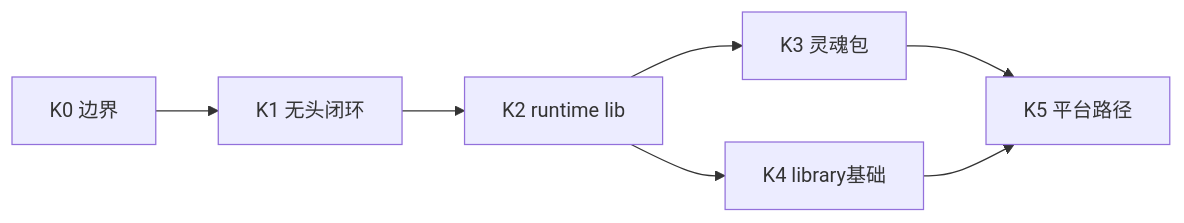
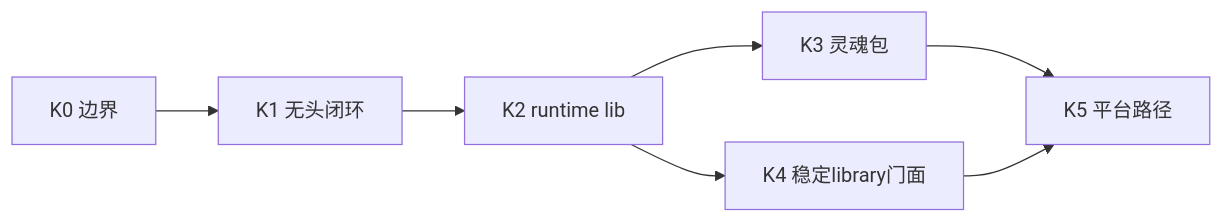
One commit to linkaiheng2233-cyber/oclivenewnew changed the diagram in creator-docs/getting-started/KERNEL_IMPLEMENTATION_PLAN.md. Above: the diagram before and after it, drawn with Mermaid. The commit also changed other lines of this file and 24 other files, not shown here.

````diff
--- a/creator-docs/getting-started/KERNEL_IMPLEMENTATION_PLAN.md
+++ b/creator-docs/getting-started/KERNEL_IMPLEMENTATION_PLAN.md
@@ -24,9 +24,9 @@
 ```mermaid
 flowchart LR
   K0[K0 边界] --> K1[K1 无头闭环]
   K1 --> K2[K2 runtime lib]
   K2 --> K3[K3 灵魂包]
-  K2 --> K4[K4 library基础]
+  K2 --> K4[K4 稳定library门面]
   K3 --> K5[K5 平台路径]
   K4 --> K5
 ```
````
